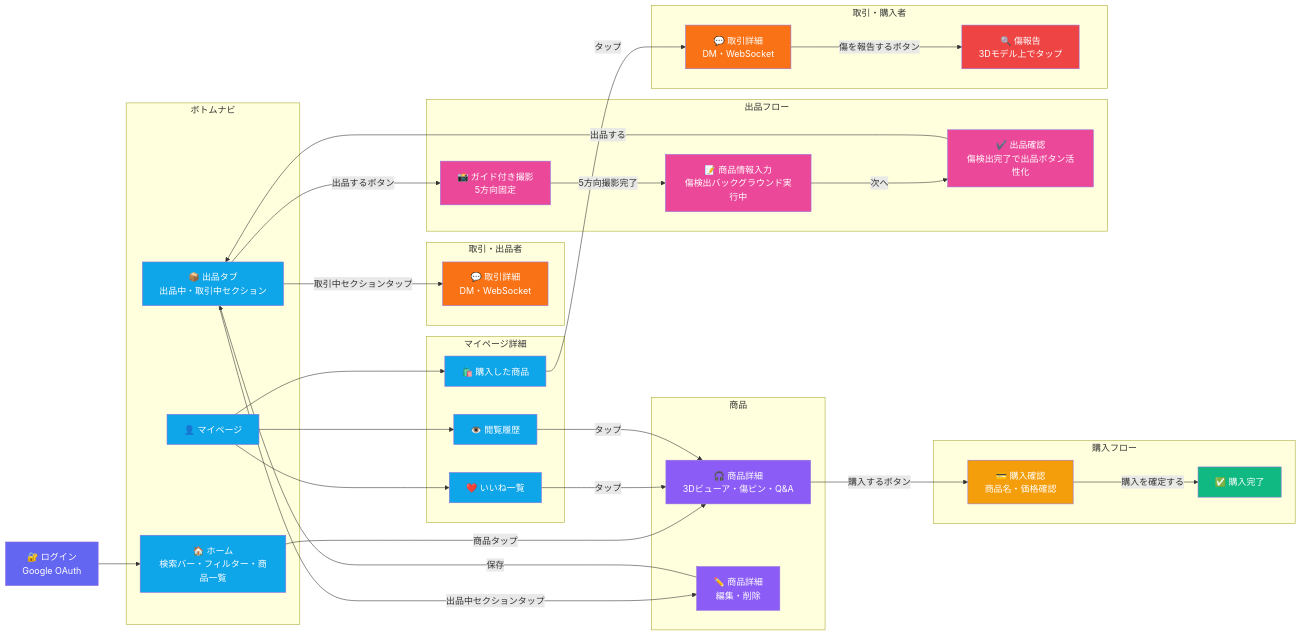
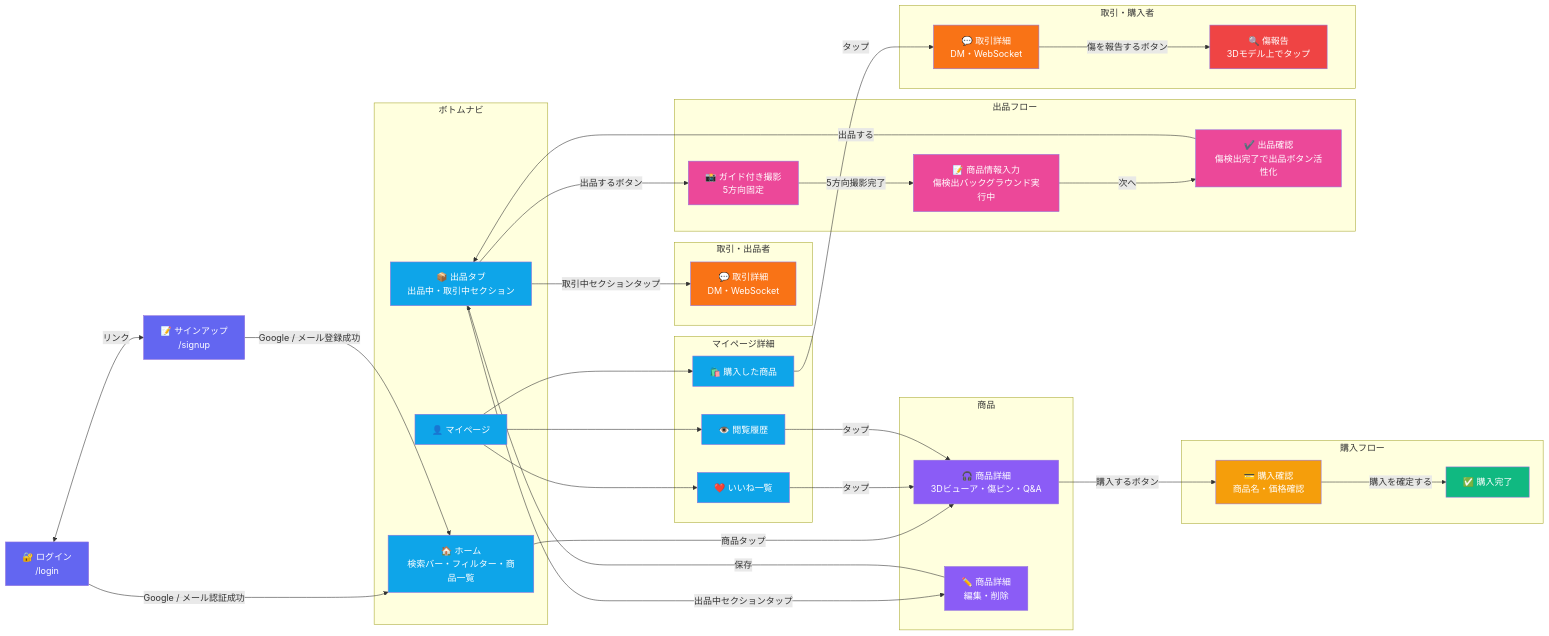
Before and after one commit to TaisukeFujise/flea-market-web: the diagram in docs/screen_flow_diagram.md, drawn with Mermaid. The commit also changed 9 other files, not shown here.

````diff
--- a/docs/screen_flow_diagram.md
+++ b/docs/screen_flow_diagram.md
@@ -1,8 +1,11 @@
 ```mermaid
 flowchart LR
-    AUTH[🔐 ログイン\nGoogle OAuth]
+    LOGIN[🔐 ログイン\n/login]
+    SIGNUP[📝 サインアップ\n/signup]
 
-    AUTH --> HOME
+    LOGIN -->|Google / メール認証成功| HOME
+    SIGNUP -->|Google / メール登録成功| HOME
+    LOGIN <-->|リンク| SIGNUP
 
     subgraph NAV[ボトムナビ]
         HOME[🏠 ホーム\n検索バー・フィルター・商品一覧]
@@ -63,7 +66,8 @@
     LIKED -->|タップ| PRODUCT_DETAIL
     HISTORY -->|タップ| PRODUCT_DETAIL
 
-    style AUTH fill:#6366f1,color:#fff
+    style LOGIN fill:#6366f1,color:#fff
+    style SIGNUP fill:#6366f1,color:#fff
     style HOME fill:#0ea5e9,color:#fff
     style LISTING fill:#0ea5e9,color:#fff
     style MYPAGE fill:#0ea5e9,color:#fff
````
